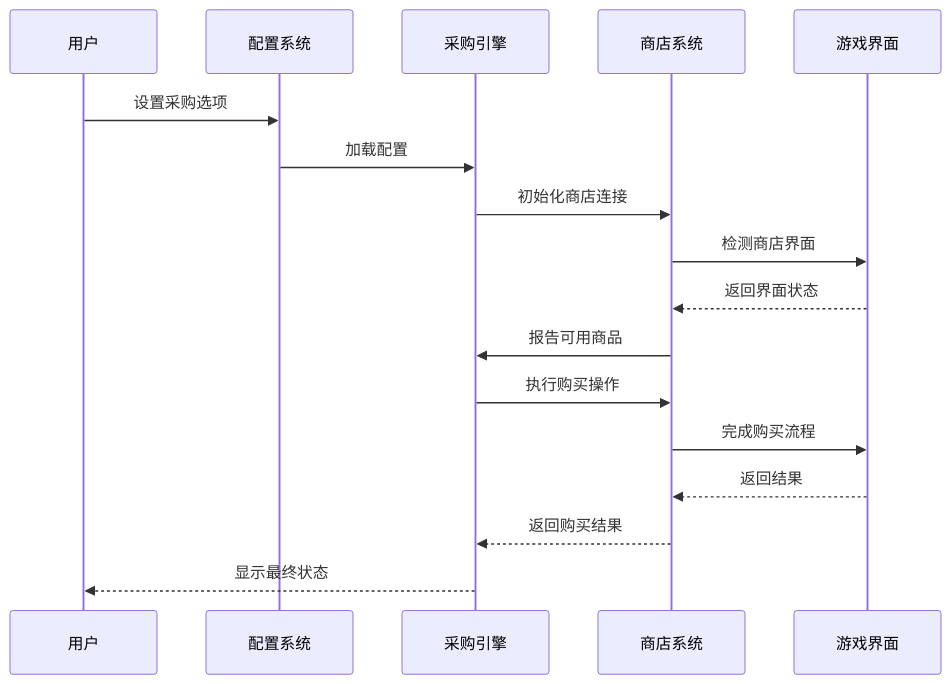
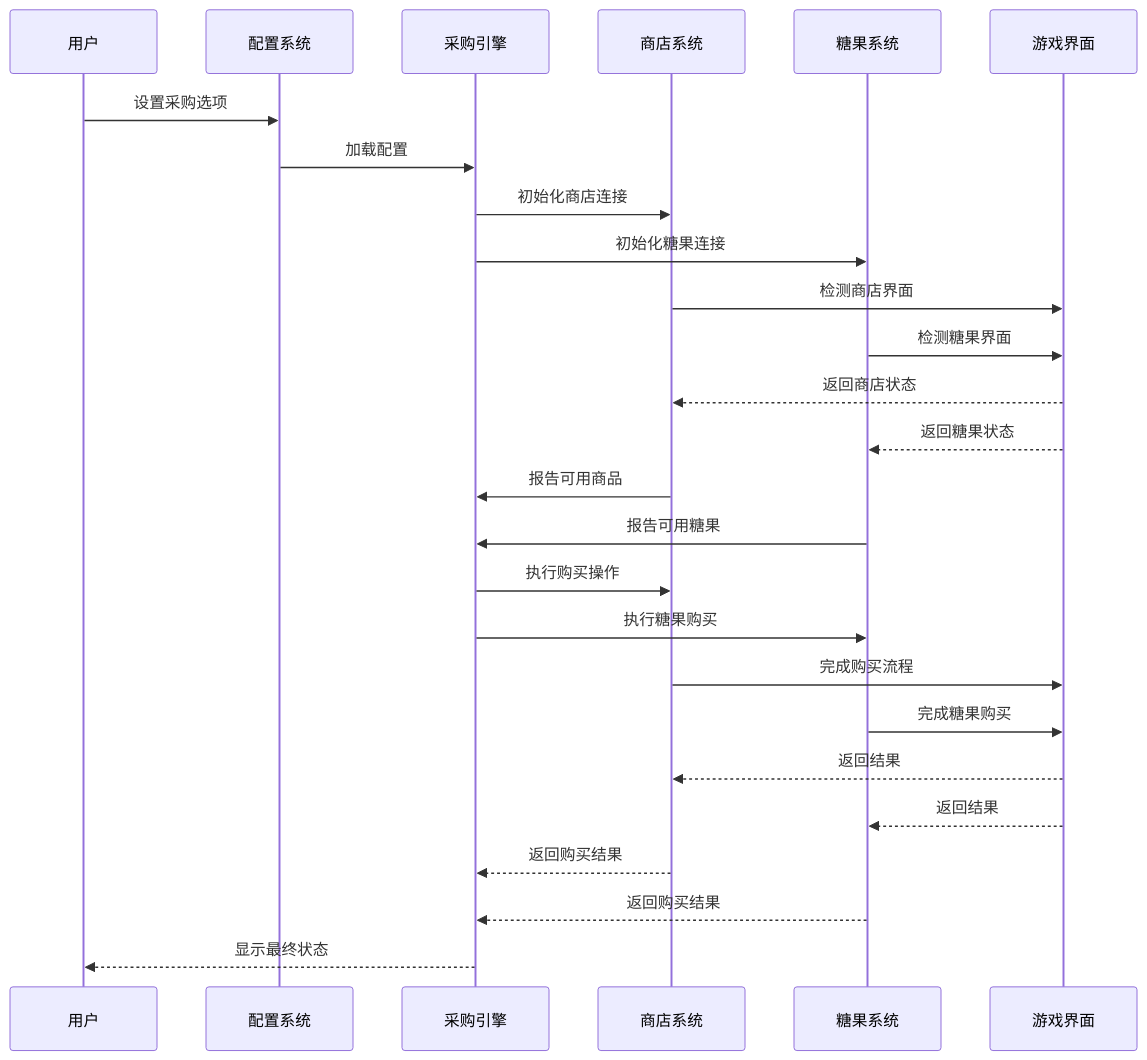
The fifth of 9 diagrams in .qoder/repowiki/zh/content/Daily Purchase Functionality.md (kqcoxn/MaaDuDuL), drawn with Mermaid before and after one commit. The commit also changed other lines of this file and 9 other files, not shown here.

````diff
--- a/.qoder/repowiki/zh/content/Daily Purchase Functionality.md
+++ b/.qoder/repowiki/zh/content/Daily Purchase Functionality.md
@@ -194,19 +245,28 @@
 ```mermaid
 sequenceDiagram
 participant User as 用户
 participant Config as 配置系统
 participant Engine as 采购引擎
 participant Store as 商店系统
+participant Candy as 糖果系统
 participant Game as 游戏界面
 User->>Config : 设置采购选项
 Config->>Engine : 加载配置
 Engine->>Store : 初始化商店连接
+Engine->>Candy : 初始化糖果连接
 Store->>Game : 检测商店界面
-Game-->>Store : 返回界面状态
+Candy->>Game : 检测糖果界面
+Game-->>Store : 返回商店状态
+Game-->>Candy : 返回糖果状态
 Store->>Engine : 报告可用商品
+Candy->>Engine : 报告可用糖果
 Engine->>Store : 执行购买操作
+Engine->>Candy : 执行糖果购买
 Store->>Game : 完成购买流程
+Candy->>Game : 完成糖果购买
 Game-->>Store : 返回结果
+Game-->>Candy : 返回结果
 Store-->>Engine : 返回购买结果
+Candy-->>Engine : 返回购买结果
 Engine-->>User : 显示最终状态
 ```
````
